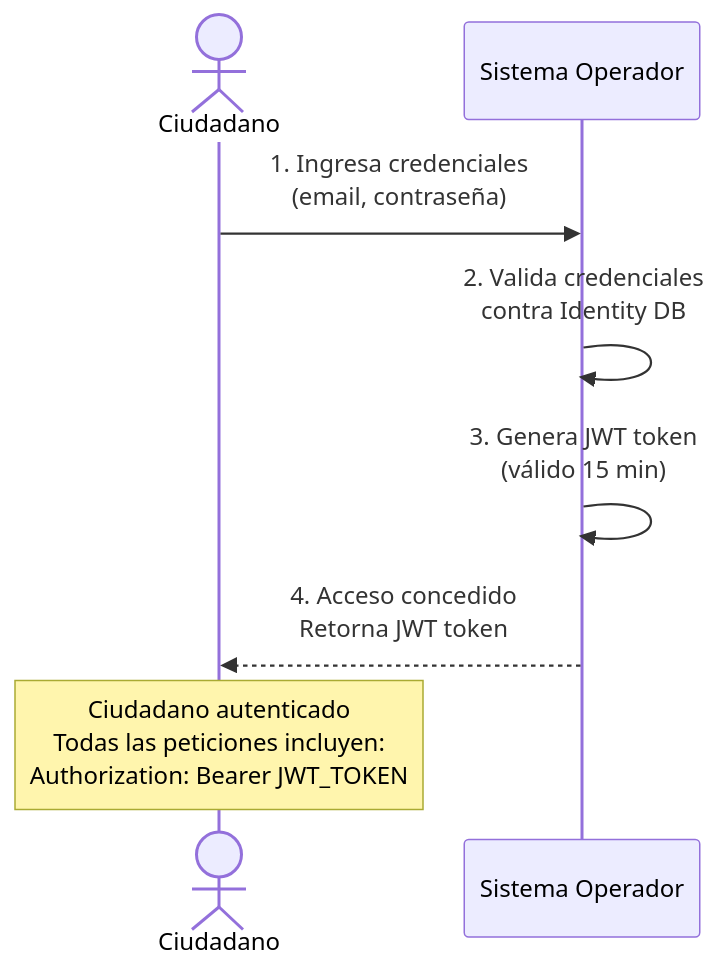
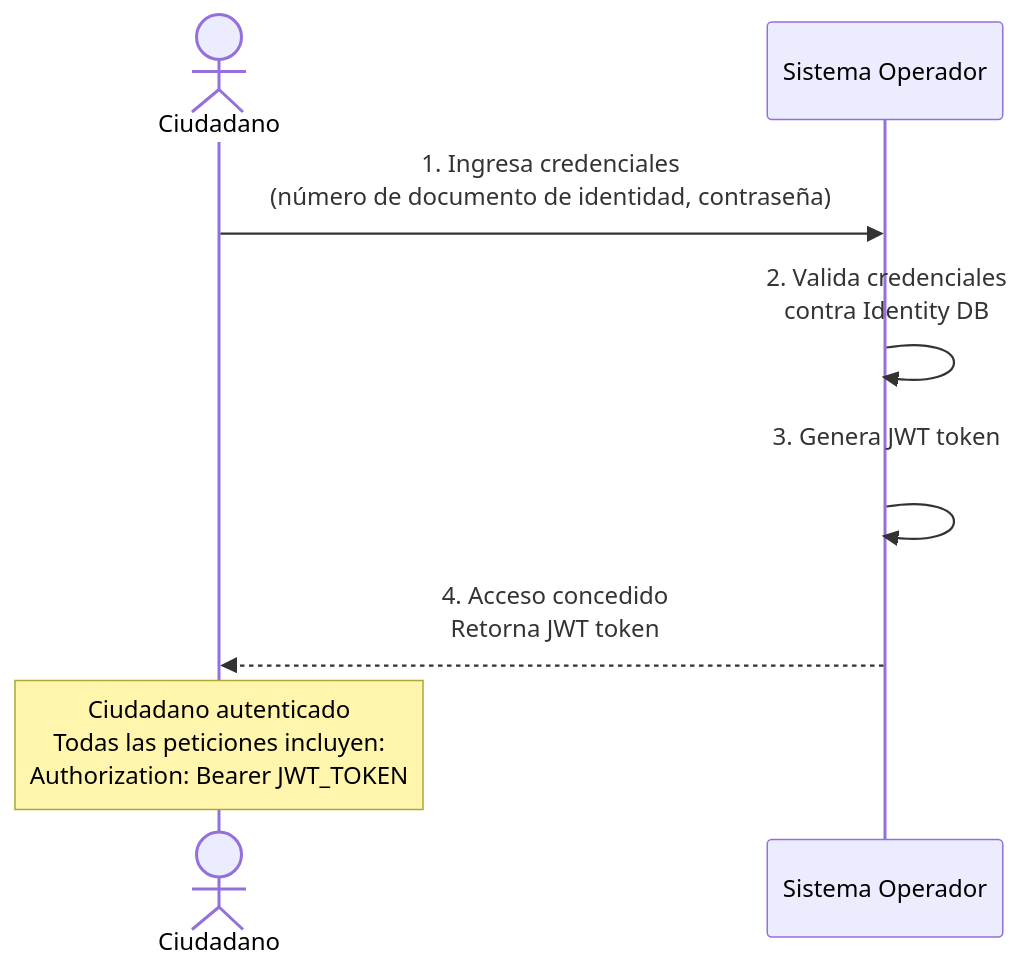
Before and after one commit to edwaraco/carpetaCiudadana: the fourth of 10 diagrams in docs/c4_diagrams.md, drawn with Mermaid. The commit also changed other lines of this file, not shown here.

Commit message:
Update sequence diagram for user registration process and authentication (#33)

````diff
--- a/docs/c4_diagrams.md
+++ b/docs/c4_diagrams.md
@@ -400,15 +399,15 @@
 ```mermaid
 sequenceDiagram
     actor C as Ciudadano
     participant OP as Sistema Operador
 
-    C->>OP: 1. Ingresa credenciales<br/>(email, contraseña)
+    C->>OP: 1. Ingresa credenciales<br/>(número de documento de identidad, contraseña)
 
     OP->>OP: 2. Valida credenciales<br/>contra Identity DB
 
-    OP->>OP: 3. Genera JWT token<br/>(válido 15 min)
+    OP->>OP: 3. Genera JWT token<br/>
 
     OP-->>C: 4. Acceso concedido<br/>Retorna JWT token
 
     Note over C: Ciudadano autenticado<br/>Todas las peticiones incluyen:<br/>Authorization: Bearer JWT_TOKEN
 ```
````
